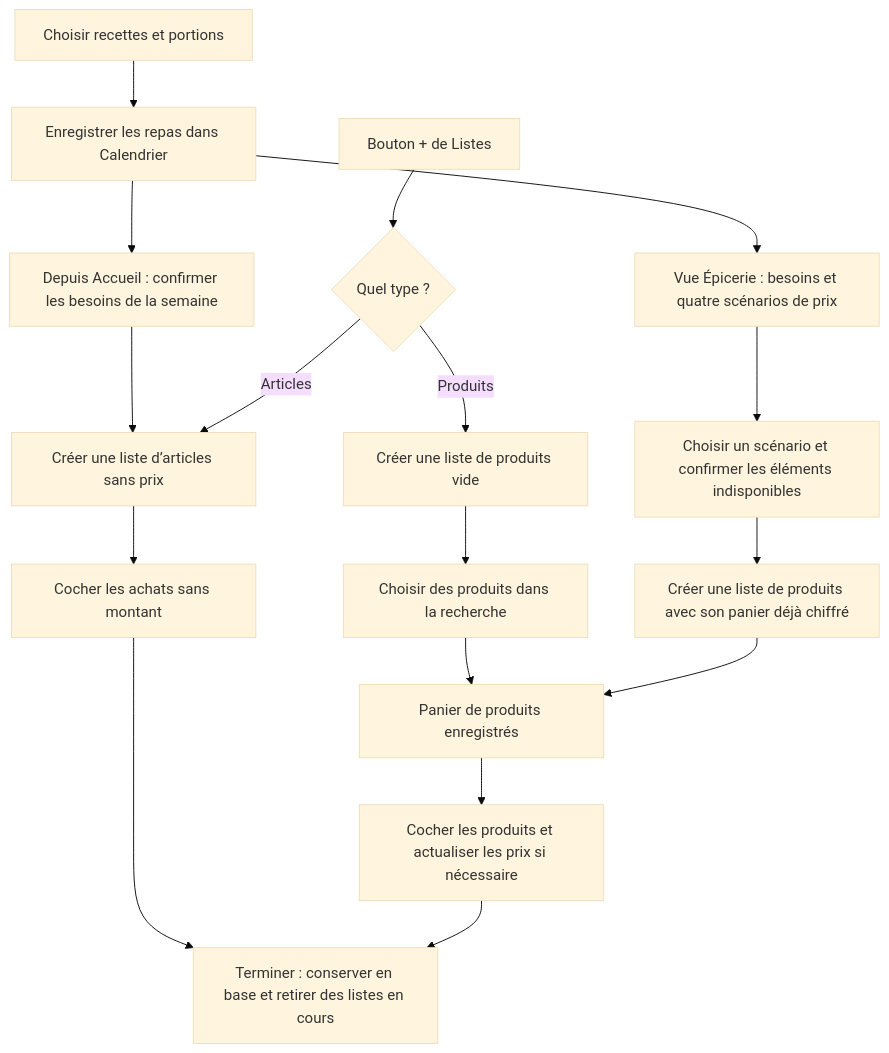
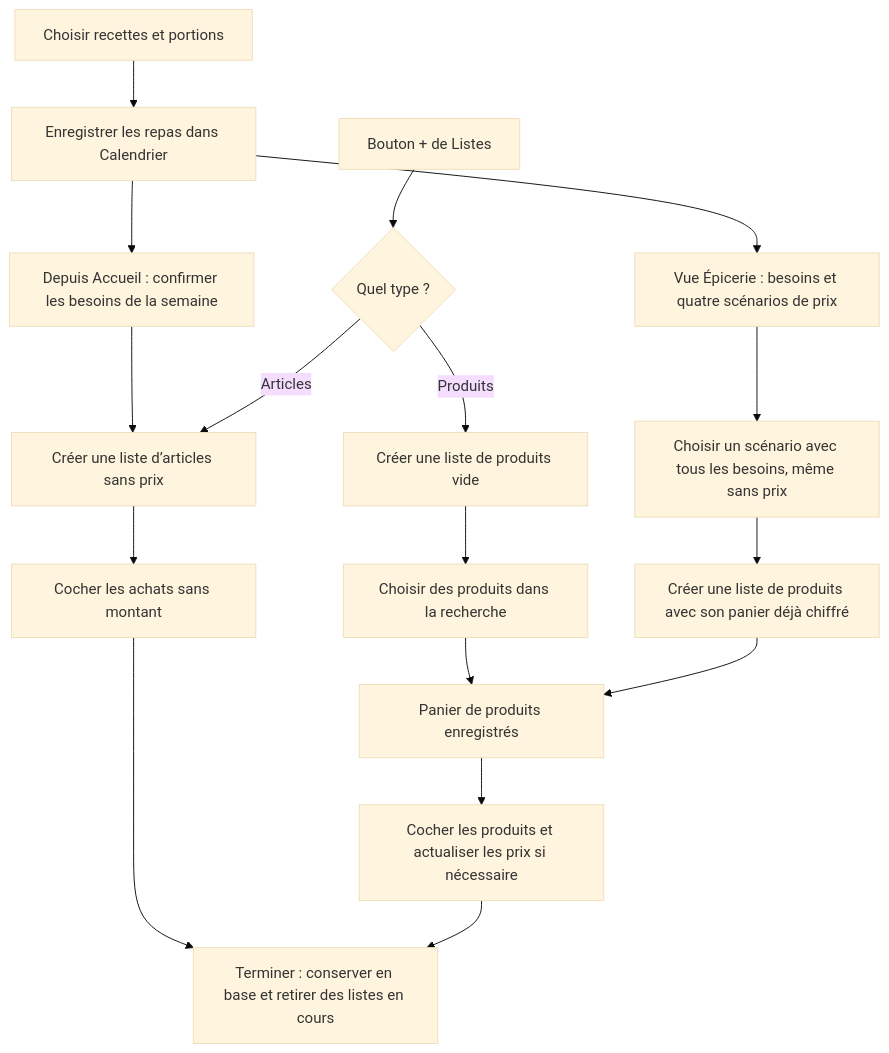
One commit to EnzoT454/OptiMeal changed diagram 27 of 27 in README-fonctionnement.md. Above: the diagram before and after it, drawn with Mermaid (base theme). The commit also changed other lines of this file and 14 other files, not shown here.

````diff
--- a/README-fonctionnement.md
+++ b/README-fonctionnement.md
@@ -1338,19 +1342,19 @@
 ```mermaid
 flowchart TD
     R[Choisir recettes et portions] --> P[Enregistrer les repas dans Calendrier]
     P --> E[Vue Épicerie : besoins et quatre scénarios de prix]
-    E --> S[Choisir un scénario et confirmer les éléments indisponibles]
+    E --> S[Choisir un scénario avec tous les besoins, même sans prix]
     S --> LP[Créer une liste de produits avec son panier déjà chiffré]
     P --> A[Depuis Accueil : confirmer les besoins de la semaine]
     A --> LA[Créer une liste d’articles sans prix]
     PLUS[Bouton + de Listes] --> K{Quel type ?}
     K -->|Articles| LA
     K -->|Produits| LV[Créer une liste de produits vide]
     LV --> CP[Choisir des produits dans la recherche]
     CP --> PC[Panier de produits enregistrés]
     LP --> PC
     LA --> CA[Cocher les achats sans montant]
     PC --> PA[Cocher les produits et actualiser les prix si nécessaire]
     CA --> FIN[Terminer : conserver en base et retirer des listes en cours]
     PA --> FIN
 ```
````
